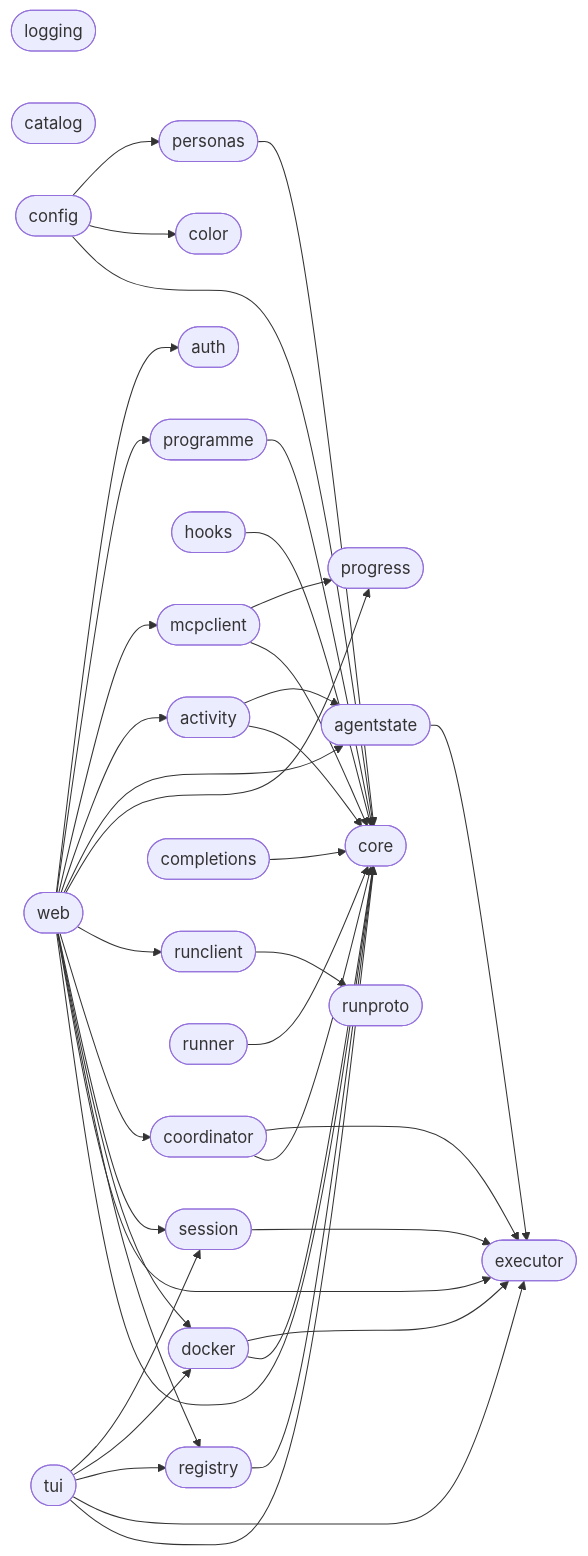
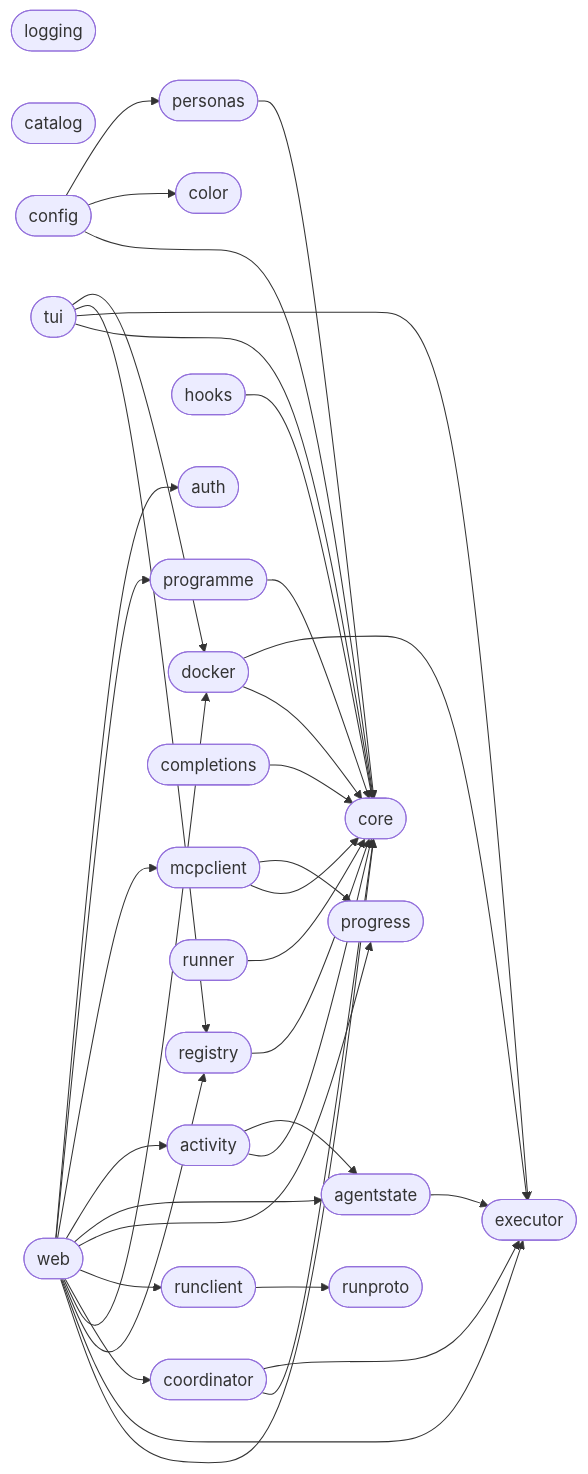
The second of 4 diagrams in ARCHITECTURE.md (techdelight/daedalus), drawn with Mermaid before and after one commit. The commit also changed other lines of this file and 47 other files, not shown here.

````diff
--- a/ARCHITECTURE.md
+++ b/ARCHITECTURE.md
@@ -122,67 +116,63 @@
 ```mermaid
 flowchart LR
     core([core])
     executor([executor])
     color([color])
     logging([logging])
     progress([progress])
     catalog([catalog])
     auth([auth])
     runproto([runproto])
 
     personas([personas])
     programme([programme])
     agentstate([agentstate])
     activity([activity])
     hooks([hooks])
     mcpclient([mcpclient])
     config([config])
     registry([registry])
     docker([docker])
-    session([session])
     completions([completions])
     runclient([runclient])
     runner([runner])
     coordinator([coordinator])
     tui([tui])
     web([web])
 
     personas --> core
     programme --> core
     agentstate --> executor
     activity --> core
     activity --> agentstate
     hooks --> core
     mcpclient --> core
     mcpclient --> progress
     config --> core
     config --> color
     config --> personas
     registry --> core
     docker --> core
     docker --> executor
-    session --> executor
     completions --> core
     runclient --> runproto
     runner --> core
     coordinator --> core
     coordinator --> executor
     tui --> core
     tui --> executor
     tui --> registry
     tui --> docker
-    tui --> session
     web --> core
     web --> executor
     web --> registry
     web --> docker
-    web --> session
     web --> coordinator
     web --> runclient
     web --> progress
     web --> agentstate
     web --> activity
     web --> mcpclient
     web --> programme
     web --> auth
 ```
````
